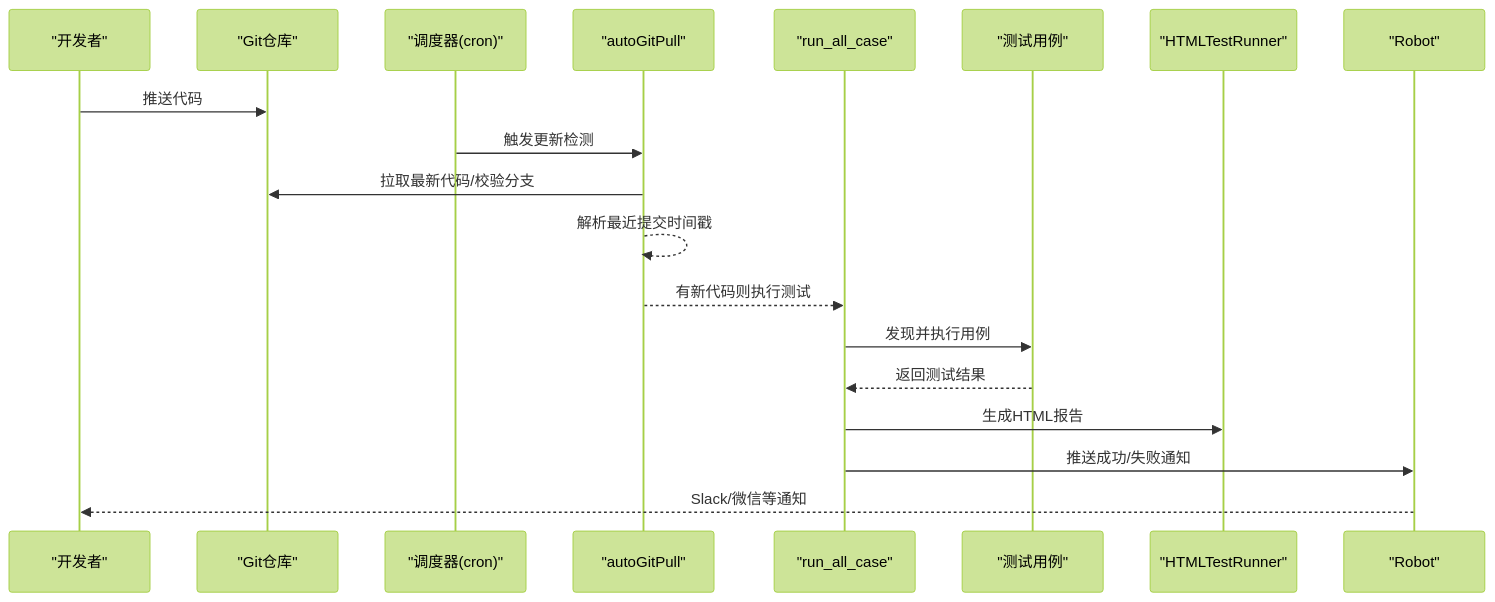
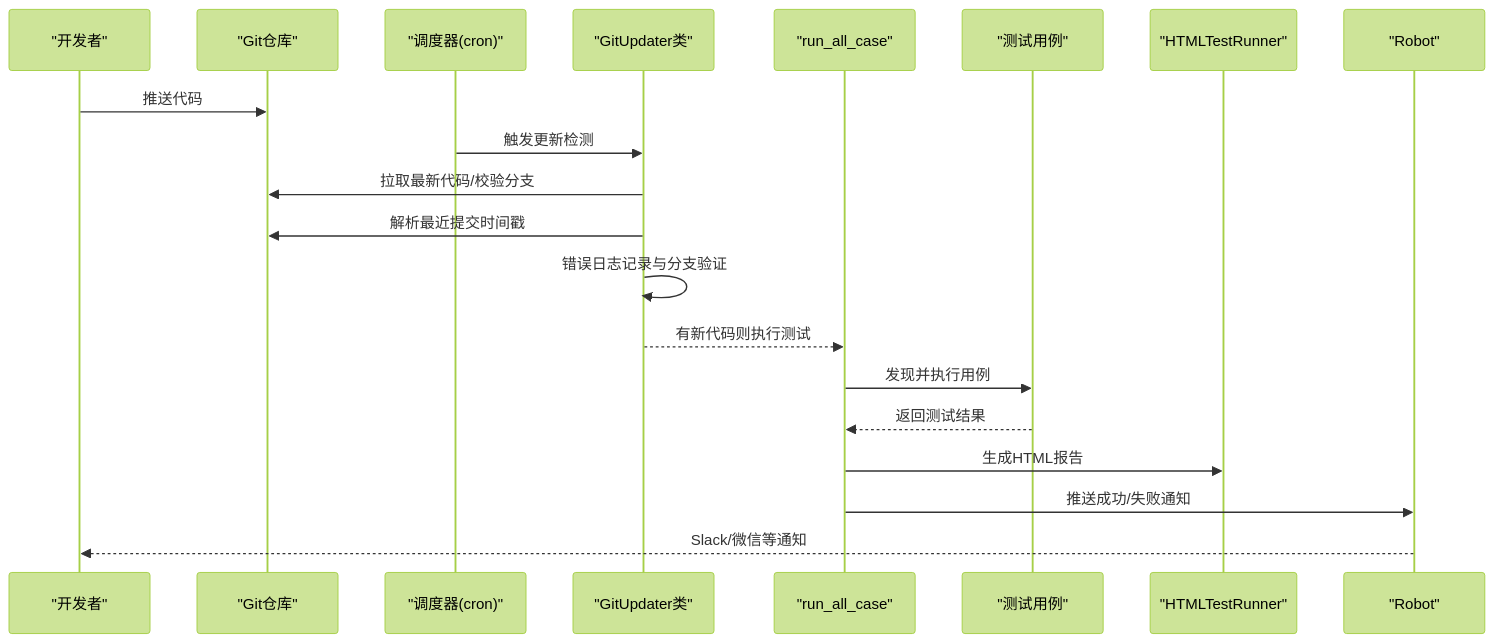
One commit to liximing1-ola/qa-payTest changed the second of 13 diagrams in .qoder/repowiki/zh/content/自动化与CI_CD.md. Above: the diagram before and after it, drawn with Mermaid (forest theme). The commit also changed other lines of this file and 14 other files, not shown here.

````diff
--- a/.qoder/repowiki/zh/content/自动化与CI_CD.md
+++ b/.qoder/repowiki/zh/content/自动化与CI_CD.md
@@ -115,21 +138,22 @@
 ```mermaid
 sequenceDiagram
 participant Dev as "开发者"
 participant Git as "Git仓库"
 participant Scheduler as "调度器(cron)"
-participant AutoPull as "autoGitPull"
+participant GitUpdater as "GitUpdater类"
 participant Runner as "run_all_case"
 participant Tests as "测试用例"
 participant Report as "HTMLTestRunner"
 participant Notify as "Robot"
 Dev->>Git : 推送代码
-Scheduler->>AutoPull : 触发更新检测
-AutoPull->>Git : 拉取最新代码/校验分支
-AutoPull-->>AutoPull : 解析最近提交时间戳
-AutoPull-->>Runner : 有新代码则执行测试
+Scheduler->>GitUpdater : 触发更新检测
+GitUpdater->>Git : 拉取最新代码/校验分支
+GitUpdater->>Git : 解析最近提交时间戳
+GitUpdater->>GitUpdater : 错误日志记录与分支验证
+GitUpdater-->>Runner : 有新代码则执行测试
 Runner->>Tests : 发现并执行用例
 Tests-->>Runner : 返回测试结果
 Runner->>Report : 生成HTML报告
 Runner->>Notify : 推送成功/失败通知
 Notify-->>Dev : Slack/微信等通知
 ```
````
